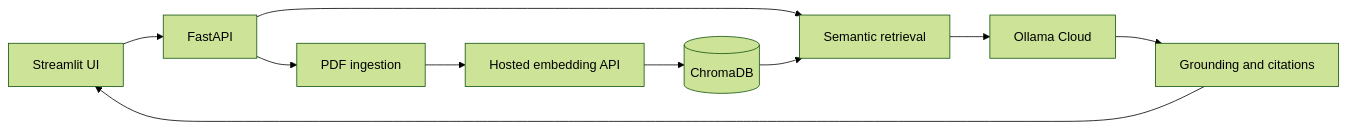
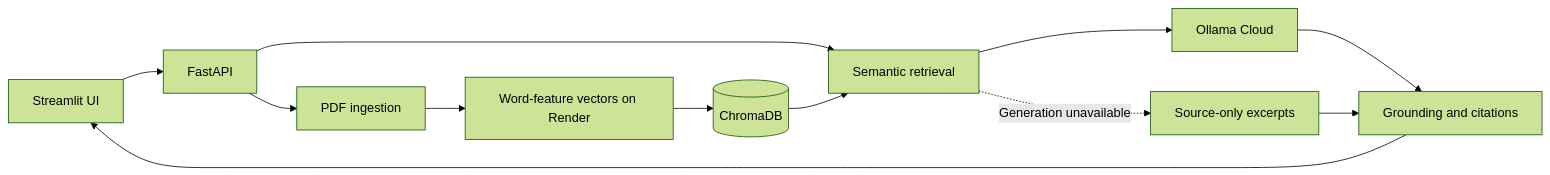
One commit to Daredevil1915/RAGShield changed the diagram in README.md. Above: the diagram before and after it, drawn with Mermaid (forest theme). The commit also changed other lines of this file and 19 other files, not shown here.

Commit message:
Make public interview demo independent of embedding API credits

````diff
--- a/README.md
+++ b/README.md
@@ -42,12 +46,14 @@
 ```mermaid
 flowchart LR
     UI[Streamlit UI] --> API[FastAPI]
     API --> PDF[PDF ingestion]
-    PDF --> EMB[Hosted embedding API]
+    PDF --> EMB[Word-feature vectors on Render]
     EMB --> DB[(ChromaDB)]
     API --> RET[Semantic retrieval]
     DB --> RET
     RET --> LLM[Ollama Cloud]
     LLM --> CHECK[Grounding and citations]
+    RET -. Generation unavailable .-> EX[Source-only excerpts]
+    EX --> CHECK
     CHECK --> UI
 ```
````
